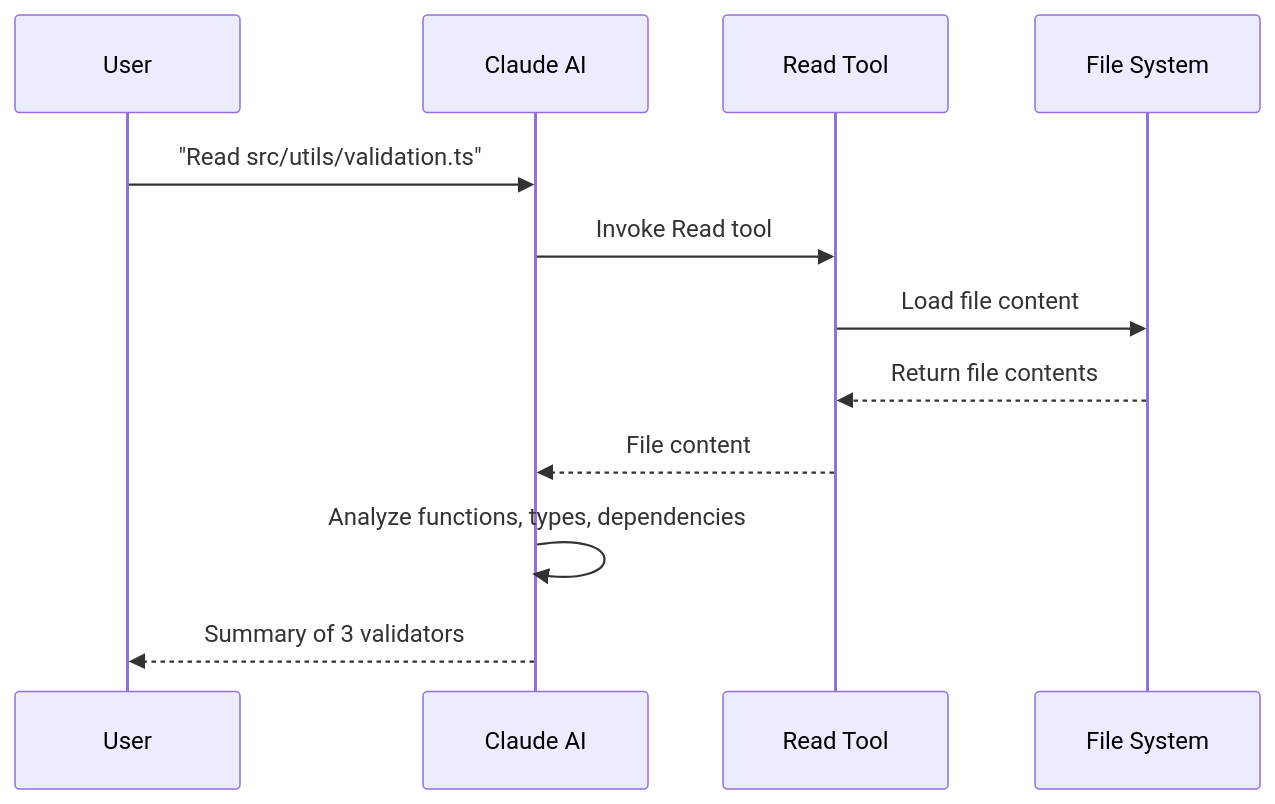
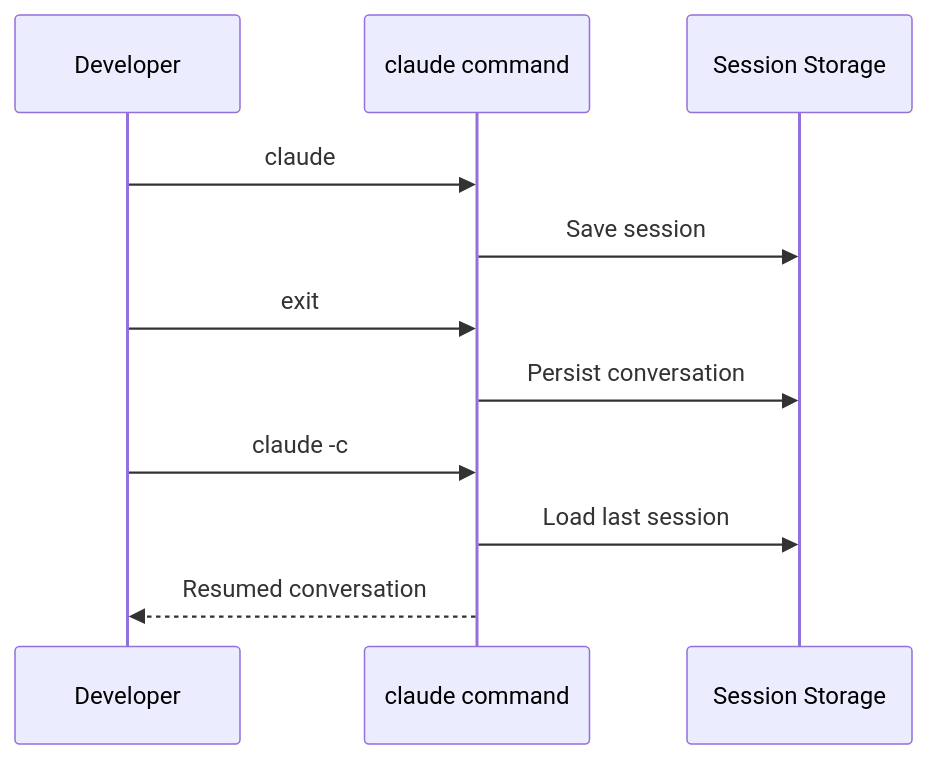
Before and after one commit to wahidyankf/open-sharia-enterprise: the second of 3 diagrams in apps/ayokoding-web/content/en/learn/software-engineering/automation-tools/claude-code/by-example/beginner.md, drawn with Mermaid. The commit also changed other lines of this file and 3 other files, not shown here.

````diff
--- a/apps/ayokoding-web/content/en/learn/software-engineering/automation-tools/claude-code/by-example/beginner.md
+++ b/apps/ayokoding-web/content/en/learn/software-engineering/automation-tools/claude-code/by-example/beginner.md
@@ -123,15 +129,14 @@
 ```mermaid
 sequenceDiagram
-    participant User as User
-    participant Claude as Claude AI
-    participant Read as Read Tool
-    participant File as File System
+    participant Dev as Developer
+    participant Claude as claude command
+    participant Disk as Session Storage
 
-    User->>Claude: "Read src/utils/validation.ts"
-    Claude->>Read: Invoke Read tool
-    Read->>File: Load file content
-    File-->>Read: Return file contents
-    Read-->>Claude: File content
-    Claude->>Claude: Analyze functions, types, dependencies
-    Claude-->>User: Summary of 3 validators
+    Dev->>Claude: claude
+    Claude->>Disk: Save session
+    Dev->>Claude: exit
+    Claude->>Disk: Persist conversation
+    Dev->>Claude: claude -c
+    Claude->>Disk: Load last session
+    Claude-->>Dev: Resumed conversation
 ```
````
